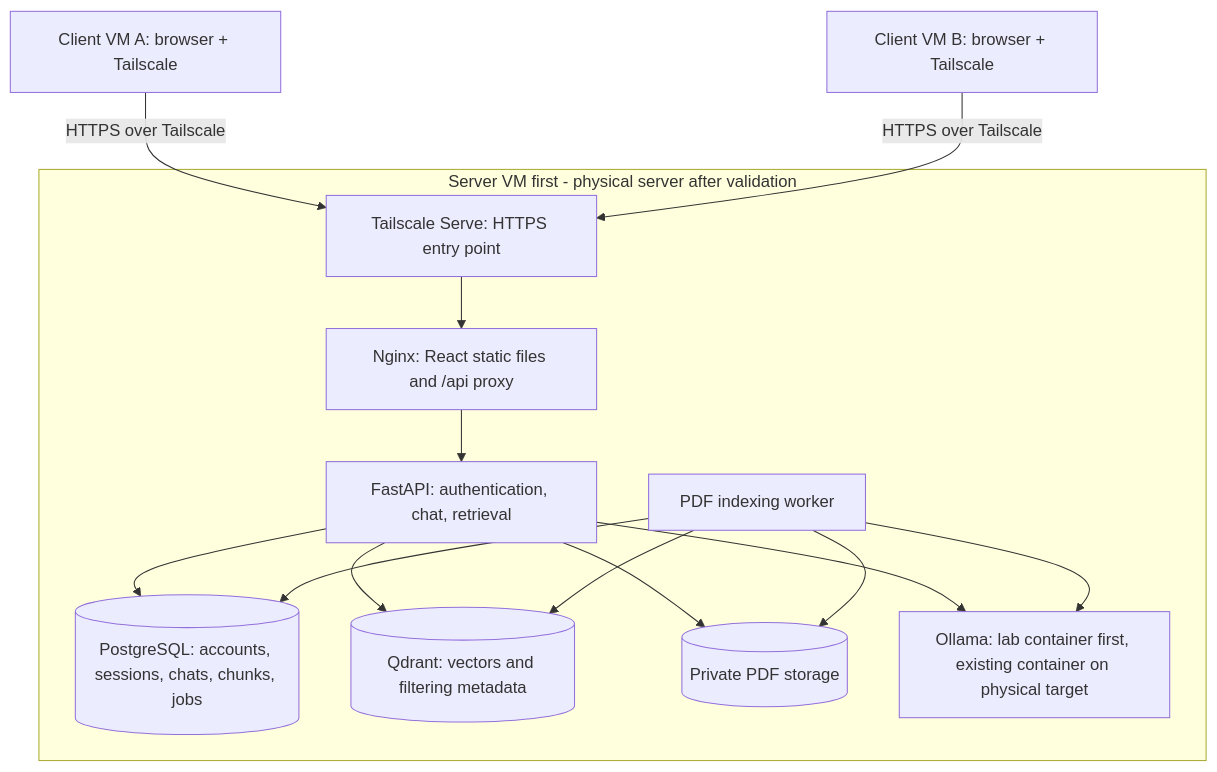
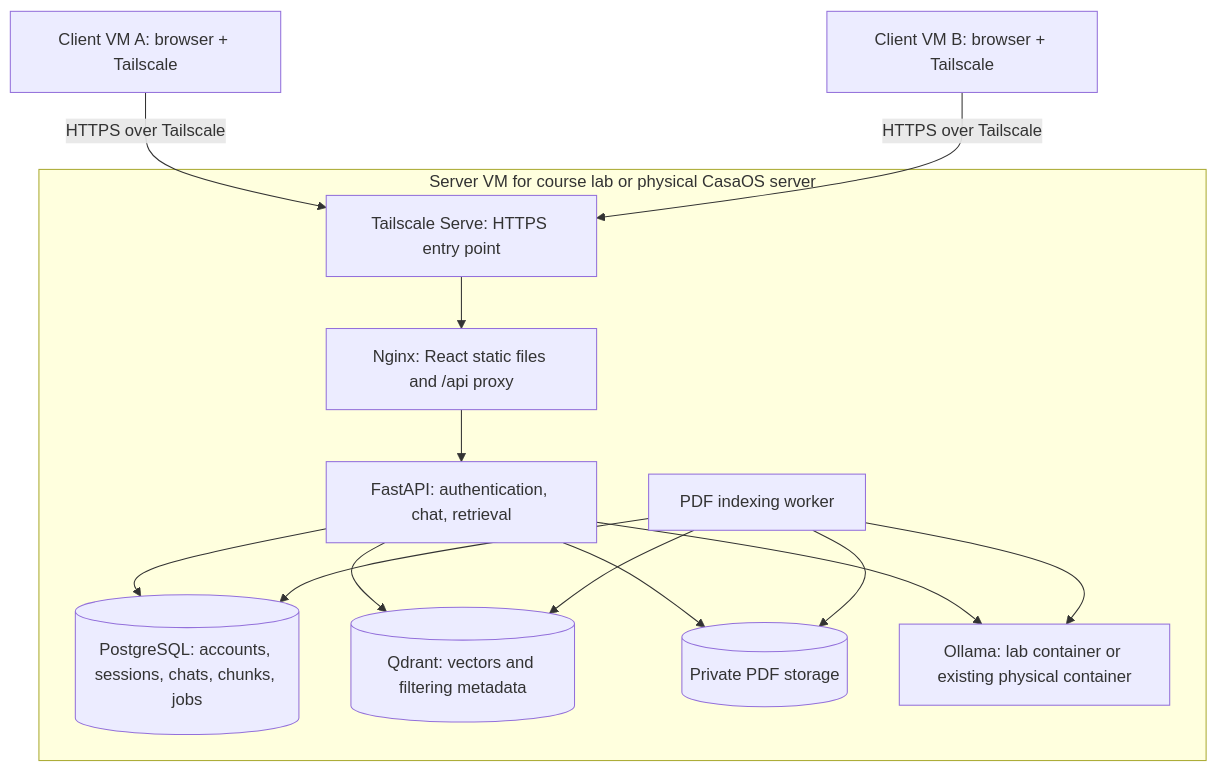
Before and after one commit to Yassine511/smart-learning-system: the diagram in README.md, drawn with Mermaid. The commit also changed other lines of this file and 16 other files, not shown here.

First line of the commit message:
feat: add M5 HTTP failure evidence and physical server deployment

````diff
--- a/README.md
+++ b/README.md
@@ -24,17 +25,17 @@
 ```mermaid
 flowchart TD
     A[Client VM A: browser + Tailscale] -->|HTTPS over Tailscale| TS
     B[Client VM B: browser + Tailscale] -->|HTTPS over Tailscale| TS
-    subgraph SERVER[Server VM first - physical server after validation]
+    subgraph SERVER[Server VM for course lab or physical CasaOS server]
         TS[Tailscale Serve: HTTPS entry point] --> WEB[Nginx: React static files and /api proxy]
         WEB --> API[FastAPI: authentication, chat, retrieval]
         API --> DB[(PostgreSQL: accounts, sessions, chats, chunks, jobs)]
         API --> Q[(Qdrant: vectors and filtering metadata)]
         API --> FILES[(Private PDF storage)]
-        API --> O[Ollama: lab container first, existing container on physical target]
+        API --> O[Ollama: lab container or existing physical container]
         WORKER[PDF indexing worker] --> DB
         WORKER --> Q
         WORKER --> FILES
         WORKER --> O
     end
 ```
````
